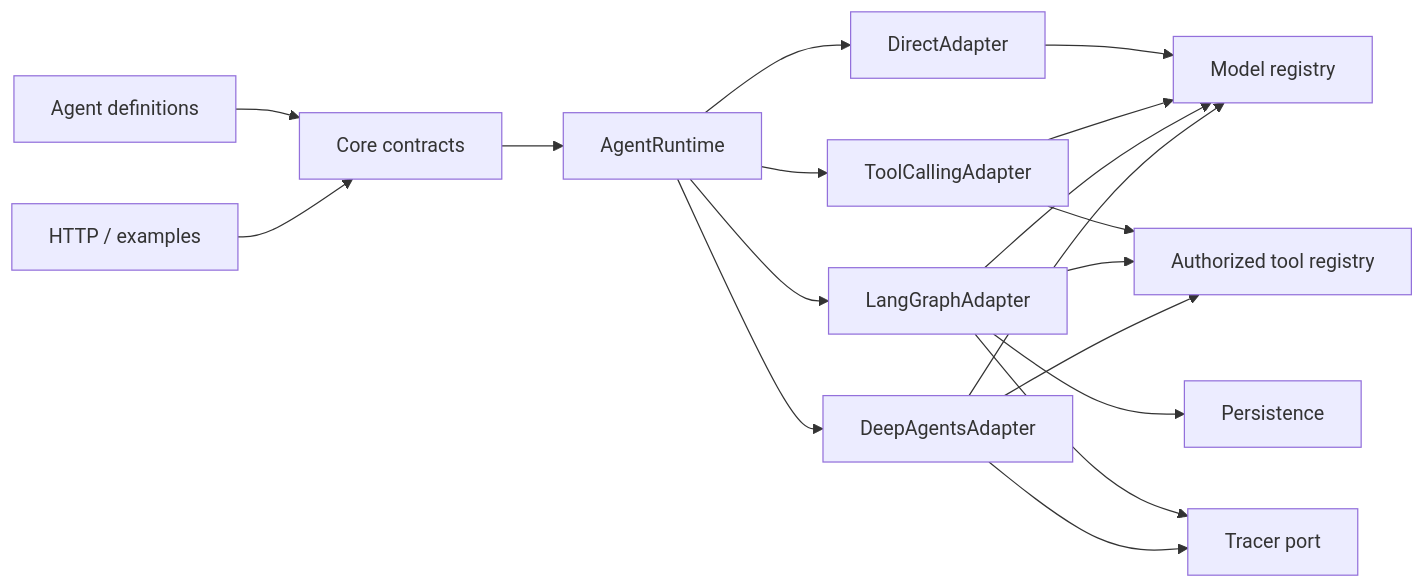
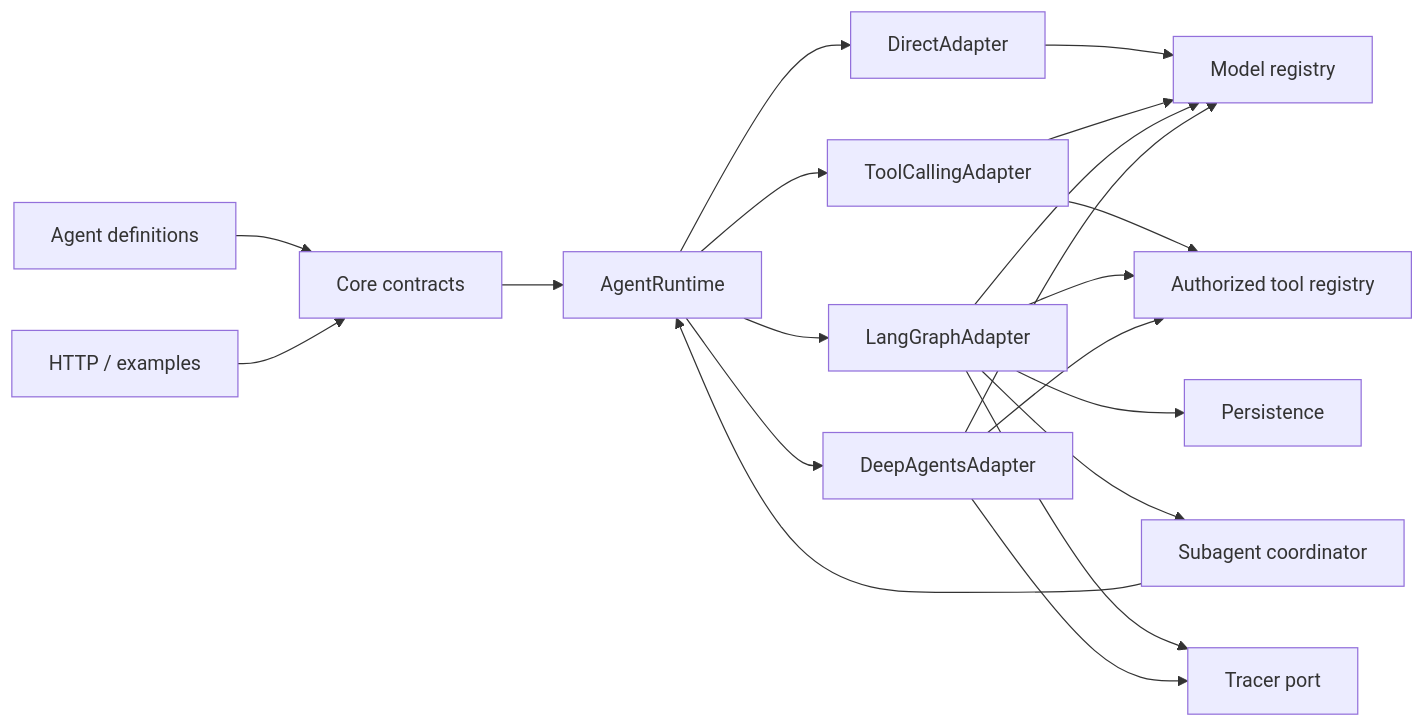
One commit to sarreche/boio-agents-lab changed the diagram in docs/01-architecture.md. Above: the diagram before and after it, drawn with Mermaid. The commit also changed other lines of this file and 28 other files, not shown here.

Commit message:
feat(subagents): add explicit delegation flow

````diff
--- a/docs/01-architecture.md
+++ b/docs/01-architecture.md
@@ -16,20 +16,22 @@
 ```mermaid
 flowchart LR
     Agents[Agent definitions] --> Core[Core contracts]
     API[HTTP / examples] --> Core
     Core --> RuntimePort[AgentRuntime]
     RuntimePort --> DirectAdapter
     RuntimePort --> ToolCallingAdapter
     RuntimePort --> LangGraphAdapter
     RuntimePort --> DeepAgentsAdapter
     DirectAdapter --> Providers[Model registry]
     ToolCallingAdapter --> Providers
     ToolCallingAdapter --> Tools[Authorized tool registry]
     LangGraphAdapter --> Providers[Model registry]
     DeepAgentsAdapter --> Providers
     LangGraphAdapter --> Tools
     DeepAgentsAdapter --> Tools
     LangGraphAdapter --> Persistence
+    LangGraphAdapter --> Delegation[Subagent coordinator]
+    Delegation --> RuntimePort
     LangGraphAdapter --> Tracing[Tracer port]
     DeepAgentsAdapter --> Tracing
 ```
````
